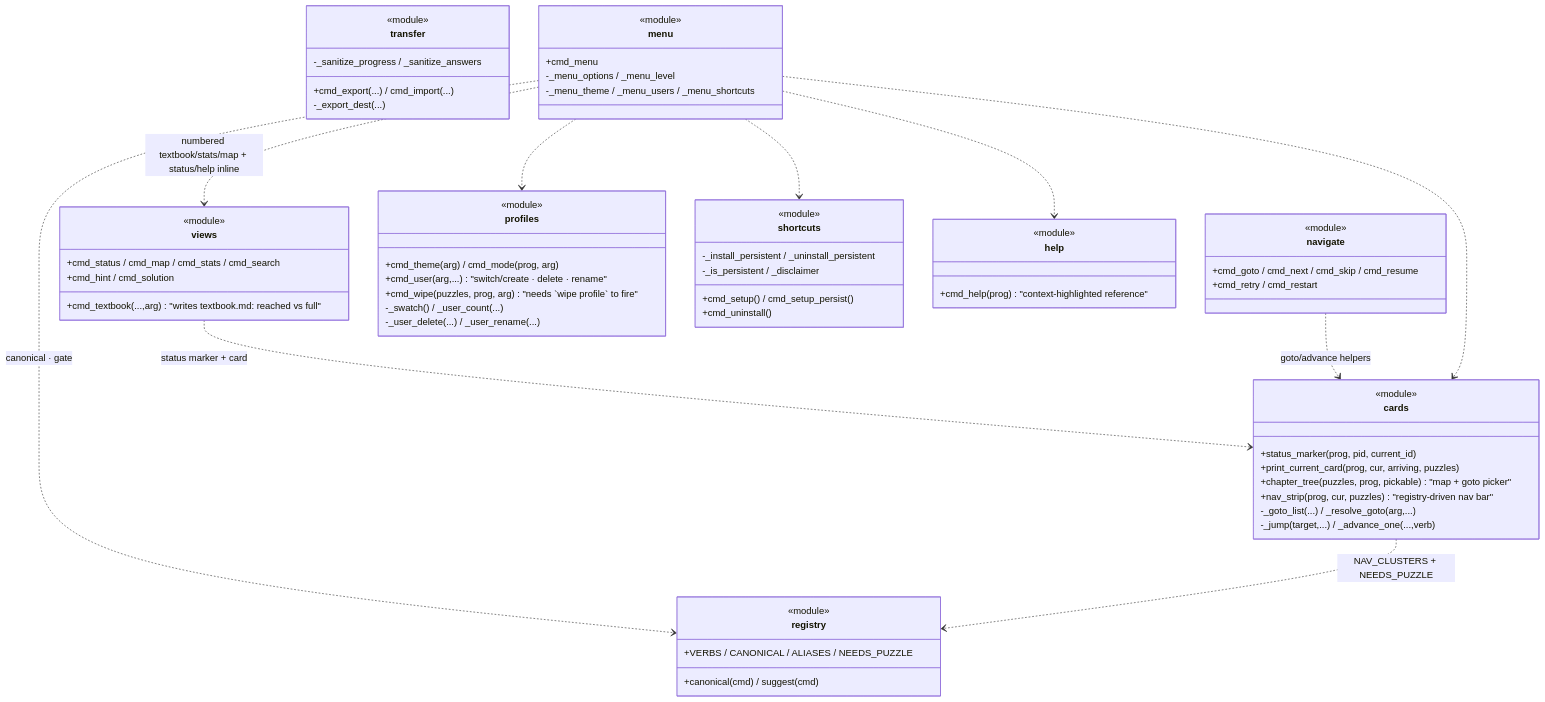
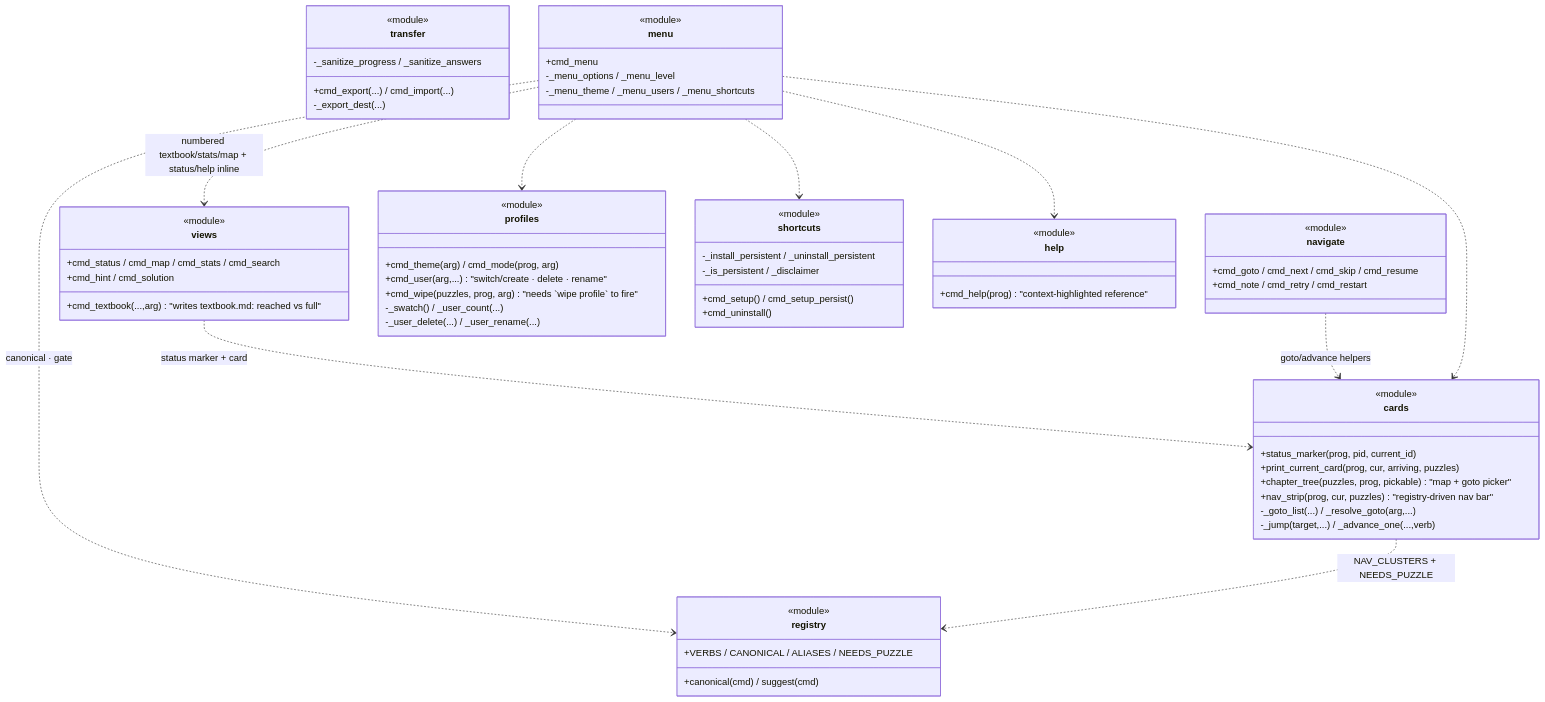
One commit to N041M/PyQuest changed the second of 4 diagrams in docs/architecture/commands.md. Above: the diagram before and after it, drawn with Mermaid. The commit also changed 12 other files, not shown here.

````diff
--- a/docs/architecture/commands.md
+++ b/docs/architecture/commands.md
@@ -51,68 +51,68 @@
 ```mermaid
 classDiagram
     class registry {
         <<module>>
         +VERBS / CANONICAL / ALIASES / NEEDS_PUZZLE
         +canonical(cmd) / suggest(cmd)
     }
     class cards {
         <<module>>
         +status_marker(prog, pid, current_id)
         +print_current_card(prog, cur, arriving, puzzles)
         +chapter_tree(puzzles, prog, pickable)  "map + goto picker"
         +nav_strip(prog, cur, puzzles)  "registry-driven nav bar"
         -_goto_list(...) / _resolve_goto(arg,...)
         -_jump(target,...) / _advance_one(...,verb)
     }
     class views {
         <<module>>
         +cmd_status / cmd_map / cmd_stats / cmd_search
         +cmd_hint / cmd_solution
         +cmd_textbook(...,arg)  "writes textbook.md: reached vs full"
     }
     class navigate {
         <<module>>
         +cmd_goto / cmd_next / cmd_skip / cmd_resume
-        +cmd_retry / cmd_restart
+        +cmd_note / cmd_retry / cmd_restart
     }
     class profiles {
         <<module>>
         +cmd_theme(arg) / cmd_mode(prog, arg)
         +cmd_user(arg,...)  "switch/create · delete · rename"
         +cmd_wipe(puzzles, prog, arg)  "needs `wipe profile` to fire"
         -_swatch() / _user_count(...)
         -_user_delete(...) / _user_rename(...)
     }
     class transfer {
         <<module>>
         +cmd_export(...) / cmd_import(...)
         -_export_dest(...)
         -_sanitize_progress / _sanitize_answers
     }
     class shortcuts {
         <<module>>
         +cmd_setup() / cmd_setup_persist()
         +cmd_uninstall()
         -_install_persistent / _uninstall_persistent
         -_is_persistent / _disclaimer
     }
     class menu {
         <<module>>
         +cmd_menu
         -_menu_options / _menu_level
         -_menu_theme / _menu_users / _menu_shortcuts
     }
     class help {
         <<module>>
         +cmd_help(prog)  "context-highlighted reference"
     }
     views ..> cards : status marker + card
     navigate ..> cards : goto/advance helpers
     menu ..> cards
     menu ..> profiles
     menu ..> shortcuts
     menu ..> views : numbered textbook/stats/map + status/help inline
     menu ..> help
     menu ..> registry : canonical · gate
     cards ..> registry : NAV_CLUSTERS + NEEDS_PUZZLE
 ```
````
